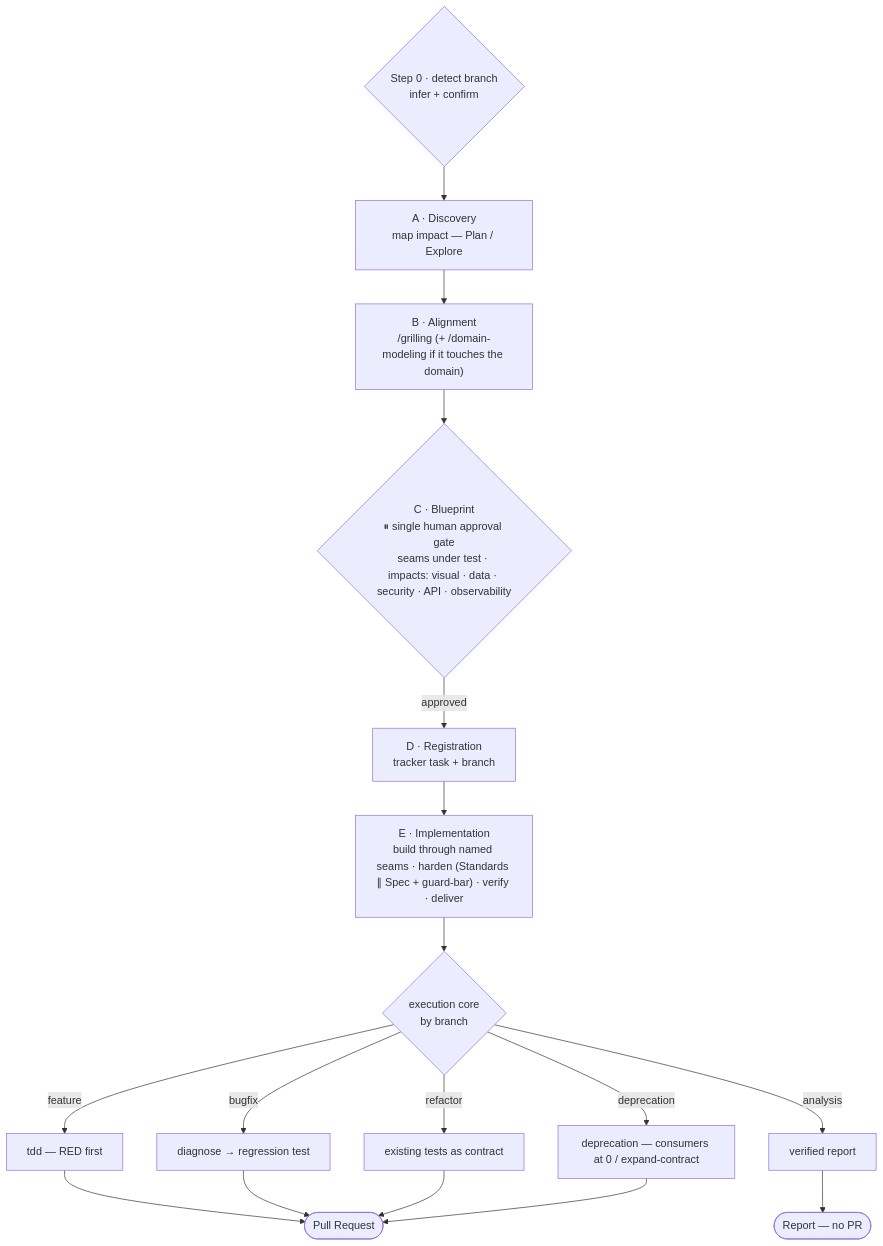
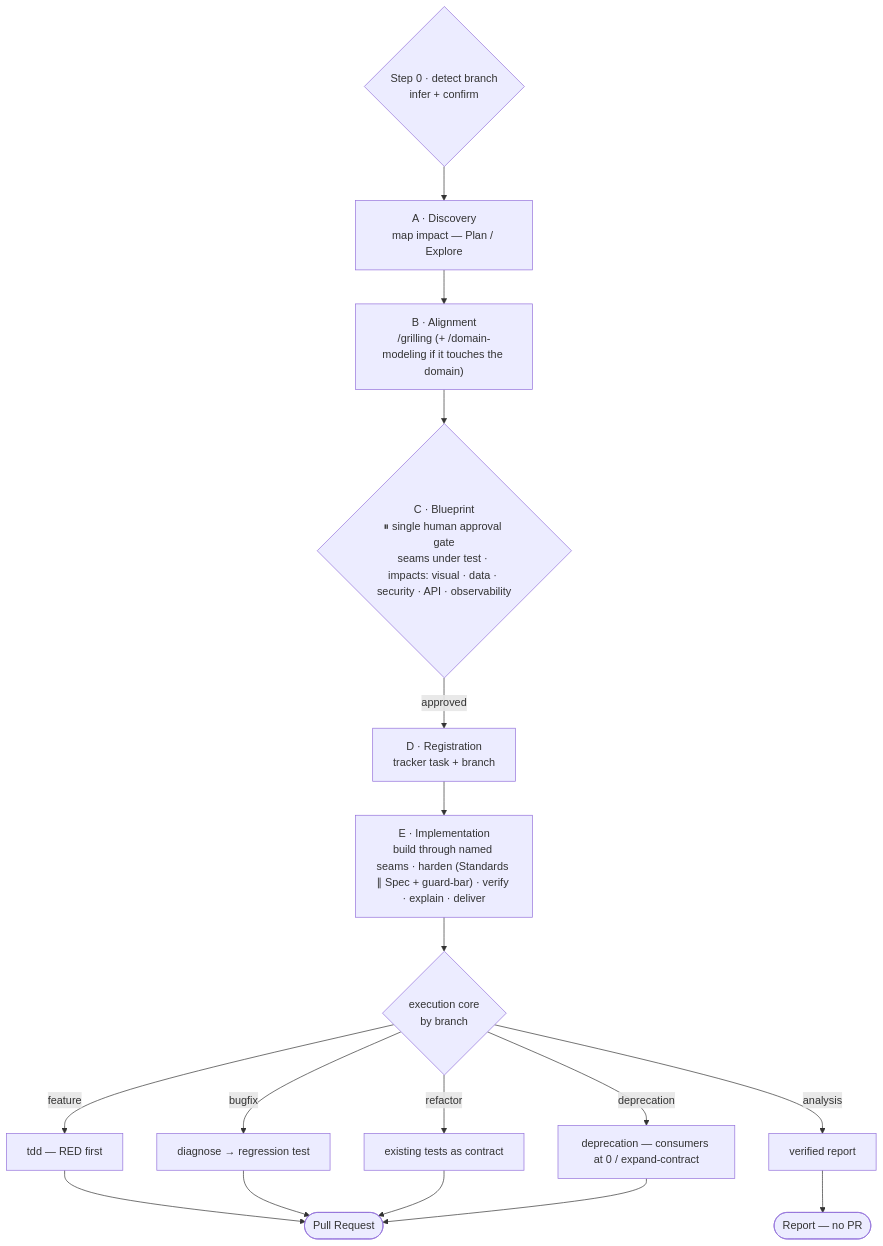
Before and after one commit to pabloleonalcaide/development-skills: the diagram in README.md, drawn with Mermaid. The commit also changed other lines of this file and 3 other files, not shown here.

````diff
--- a/README.md
+++ b/README.md
@@ -13,20 +13,20 @@
 ```mermaid
 flowchart TD
     S0{"Step 0 · detect branch<br/>infer + confirm"}
     S0 --> A["A · Discovery<br/>map impact — Plan / Explore"]
     A --> B["B · Alignment<br/>/grilling (+ /domain-modeling if it touches the domain)"]
     B --> C{"C · Blueprint<br/>⏸ single human approval gate<br/>seams under test · impacts: visual · data · security · API · observability"}
     C -->|approved| D["D · Registration<br/>tracker task + branch"]
-    D --> E["E · Implementation<br/>build through named seams · harden (Standards ∥ Spec + guard-bar) · verify · deliver"]
+    D --> E["E · Implementation<br/>build through named seams · harden (Standards ∥ Spec + guard-bar) · verify · explain · deliver"]
     E --> K{"execution core<br/>by branch"}
     K -->|feature| F["tdd — RED first"]
     K -->|bugfix| G["diagnose → regression test"]
     K -->|refactor| H["existing tests as contract"]
     K -->|deprecation| J["deprecation — consumers at 0 / expand-contract"]
     K -->|analysis| I["verified report"]
     F --> PR([Pull Request])
     G --> PR
     H --> PR
     J --> PR
     I --> REP([Report — no PR])
 ```
````
